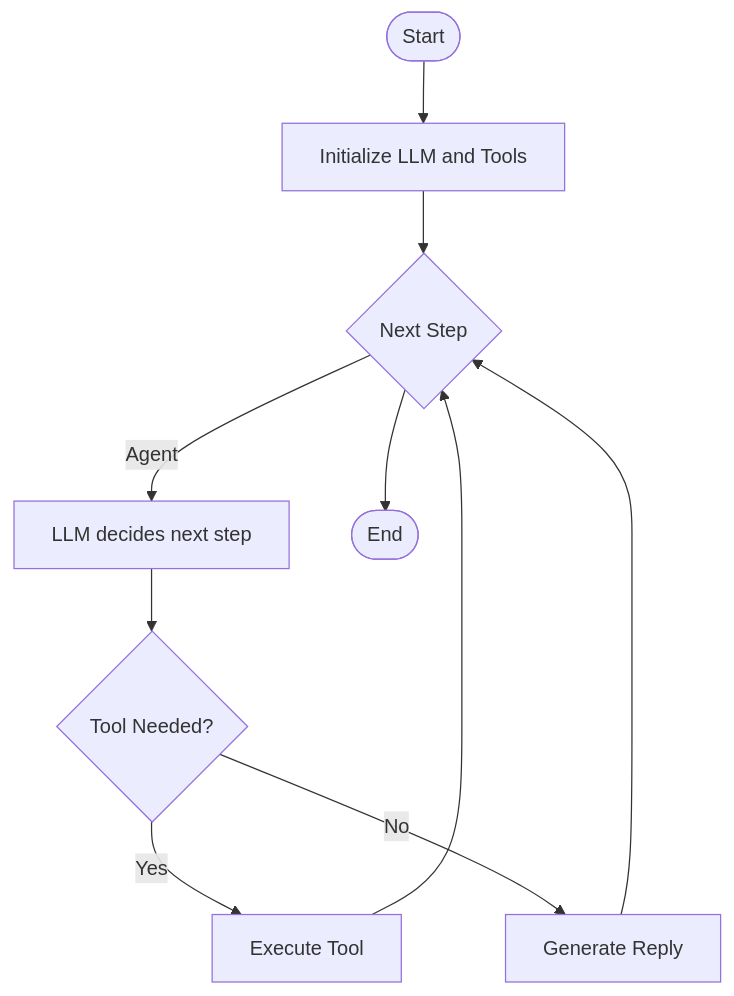
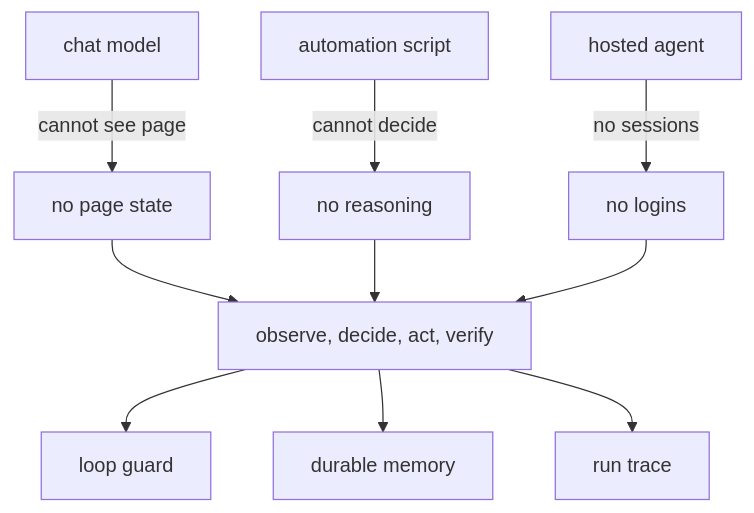
The second of 5 diagrams in src/data/docs/agentic-browser/Project Overview.md (tashifkhan/tashif.codes), drawn with Mermaid before and after one commit. The commit also changed other lines of this file and 114 other files, not shown here.

````diff
--- a/src/data/docs/agentic-browser/Project Overview.md
+++ b/src/data/docs/agentic-browser/Project Overview.md
@@ -169,12 +75,12 @@
 ```mermaid
 flowchart TD
-Start(["Start"]) --> Init["Initialize LLM and Tools"]
-Init --> Loop{"Next Step"}
-Loop --> |Agent| Plan["LLM decides next step"]
-Plan --> ToolCheck{"Tool Needed?"}
-ToolCheck --> |Yes| Exec["Execute Tool"]
-ToolCheck --> |No| Reply["Generate Reply"]
-Exec --> Loop
-Reply --> Loop
-Loop --> End(["End"])
+  Chat["chat model"] -->|cannot see page| G1["no page state"]
+  Script["automation script"] -->|cannot decide| G2["no reasoning"]
+  Hosted["hosted agent"] -->|no sessions| G3["no logins"]
+  G1 --> Loop["observe, decide, act, verify"]
+  G2 --> Loop
+  G3 --> Loop
+  Loop --> Guard["loop guard"]
+  Loop --> Memory["durable memory"]
+  Loop --> Trace["run trace"]
 ```
````
